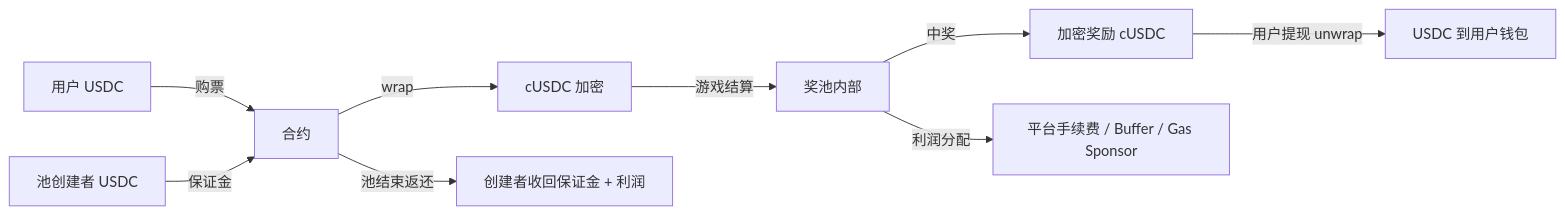
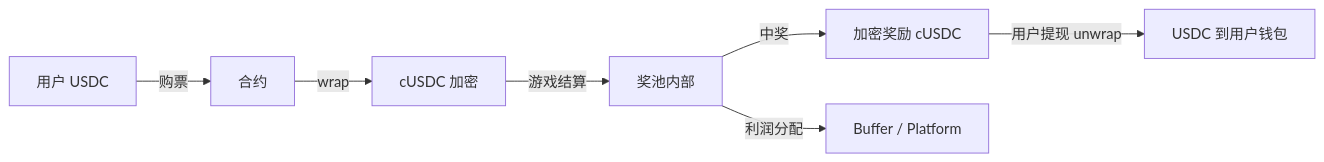
The third of 7 diagrams in doc/detailed-design.md (BreakOrbit/LuckyScratch), drawn with Mermaid before and after one commit. The commit also changed other lines of this file and 1 other file, not shown here.

````diff
--- a/doc/detailed-design.md
+++ b/doc/detailed-design.md
@@ -607,12 +607,9 @@
 ```mermaid
 graph LR
     A[用户 USDC] -->|购票| B[合约]
     B -->|wrap| C[cUSDC 加密]
     C -->|游戏结算| D[奖池内部]
     D -->|中奖| E[加密奖励 cUSDC]
     E -->|用户提现 unwrap| F[USDC 到用户钱包]
-    D -->|利润分配| G[平台手续费 / Buffer / Gas Sponsor]
-    
-    H[池创建者 USDC] -->|保证金| B
-    B -->|池结束返还| I[创建者收回保证金 + 利润]
+    D -->|利润分配| G[Buffer / Platform]
 ```
````
